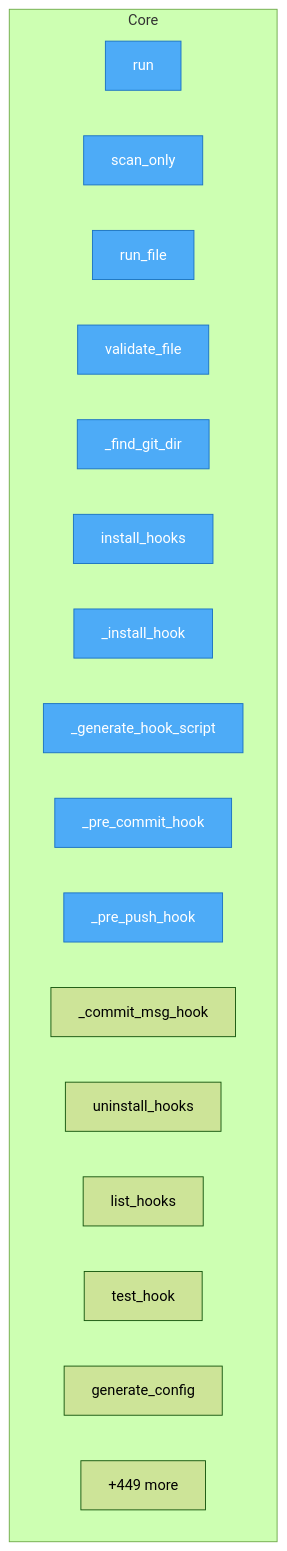
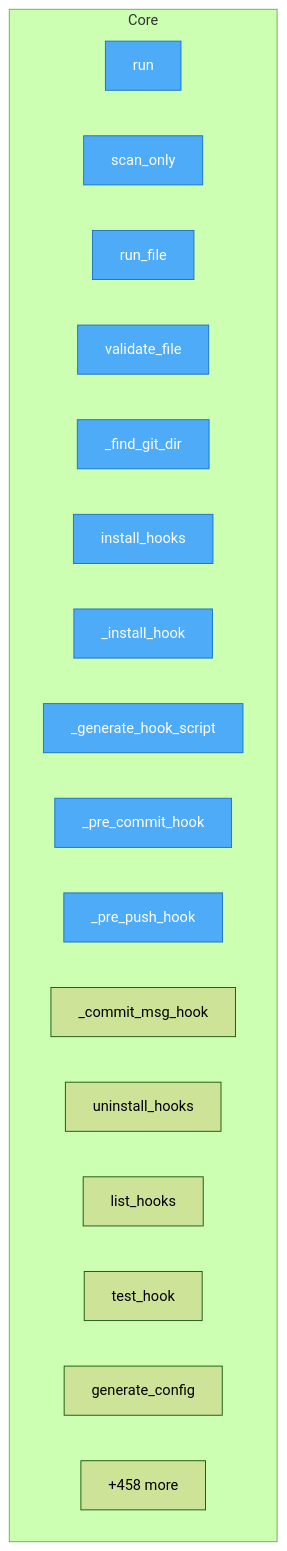
Before and after one commit to semcod/refactoring: the diagram in project/flow.mmd, drawn with Mermaid (forest theme). The commit also changed 26 other files, not shown here.

```diff
--- a/project/flow.mmd
+++ b/project/flow.mmd
@@ -1,25 +1,25 @@
 flowchart TD
 
     %% Entry points (blue)
     classDef entry fill:#4dabf7,stroke:#1971c2,color:#fff
 
     subgraph Core
         src__prefact__engine__RefactoringEngine__run["run"]
         src__prefact__engine__RefactoringEngine__scan_only["scan_only"]
         src__prefact__engine__RefactoringEngine__run_file["run_file"]
         src__prefact__validator__Validator__validate_file["validate_file"]
         src__prefact__git_hooks__GitHooks___find_git_dir["_find_git_dir"]
         src__prefact__git_hooks__GitHooks__install_hooks["install_hooks"]
         src__prefact__git_hooks__GitHooks___install_hook["_install_hook"]
         src__prefact__git_hooks__GitHooks___generate_hook_script["_generate_hook_script"]
         src__prefact__git_hooks__GitHooks___pre_commit_hook["_pre_commit_hook"]
         src__prefact__git_hooks__GitHooks___pre_push_hook["_pre_push_hook"]
         src__prefact__git_hooks__GitHooks___commit_msg_hook["_commit_msg_hook"]
         src__prefact__git_hooks__GitHooks__uninstall_hooks["uninstall_hooks"]
         src__prefact__git_hooks__GitHooks__list_hooks["list_hooks"]
         src__prefact__git_hooks__GitHooks__test_hook["test_hook"]
         src__prefact__git_hooks__PreCommitConfig__generate_config["generate_config"]
-        ...["+449 more"]
+        ...["+458 more"]
     end
 
     class src__prefact__engine__RefactoringEngine__run,src__prefact__engine__RefactoringEngine__scan_only,src__prefact__engine__RefactoringEngine__run_file,src__prefact__validator__Validator__validate_file,src__prefact__git_hooks__GitHooks___find_git_dir,src__prefact__git_hooks__GitHooks__install_hooks,src__prefact__git_hooks__GitHooks___install_hook,src__prefact__git_hooks__GitHooks___generate_hook_script,src__prefact__git_hooks__GitHooks___pre_commit_hook,src__prefact__git_hooks__GitHooks___pre_push_hook entry
```
